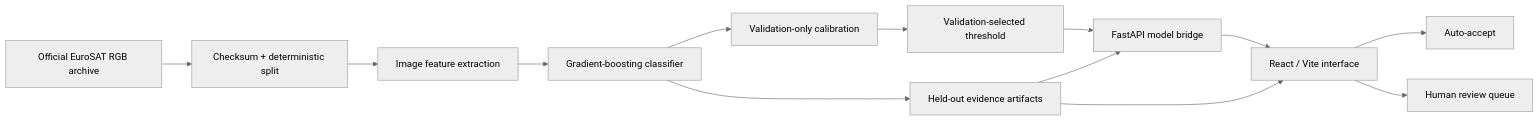
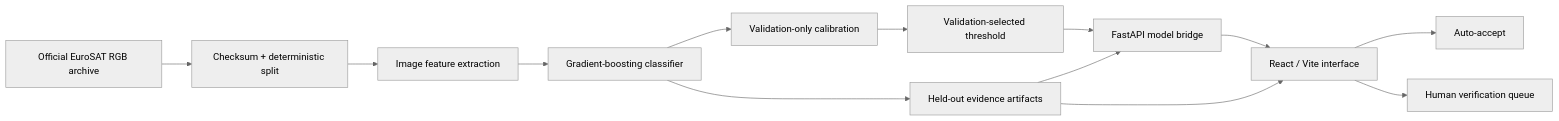
One commit to juicypanda41/terratrust changed the diagram in docs/architecture.md. Above: the diagram before and after it, drawn with Mermaid (neutral theme). The commit also changed other lines of this file and 10 other files, not shown here.

````diff
--- a/docs/architecture.md
+++ b/docs/architecture.md
@@ -3,15 +3,15 @@
 ```mermaid
 flowchart LR
     A["Official EuroSAT RGB archive"] --> B["Checksum + deterministic split"]
     B --> C["Image feature extraction"]
     C --> D["Gradient-boosting classifier"]
     D --> E["Validation-only calibration"]
     E --> F["Validation-selected threshold"]
     F --> G["FastAPI model bridge"]
     J --> G
     G --> K["React / Vite interface"]
     K --> H["Auto-accept"]
-    K --> I["Human review queue"]
+    K --> I["Human verification queue"]
     D --> J["Held-out evidence artifacts"]
     J --> K
 ```
````
